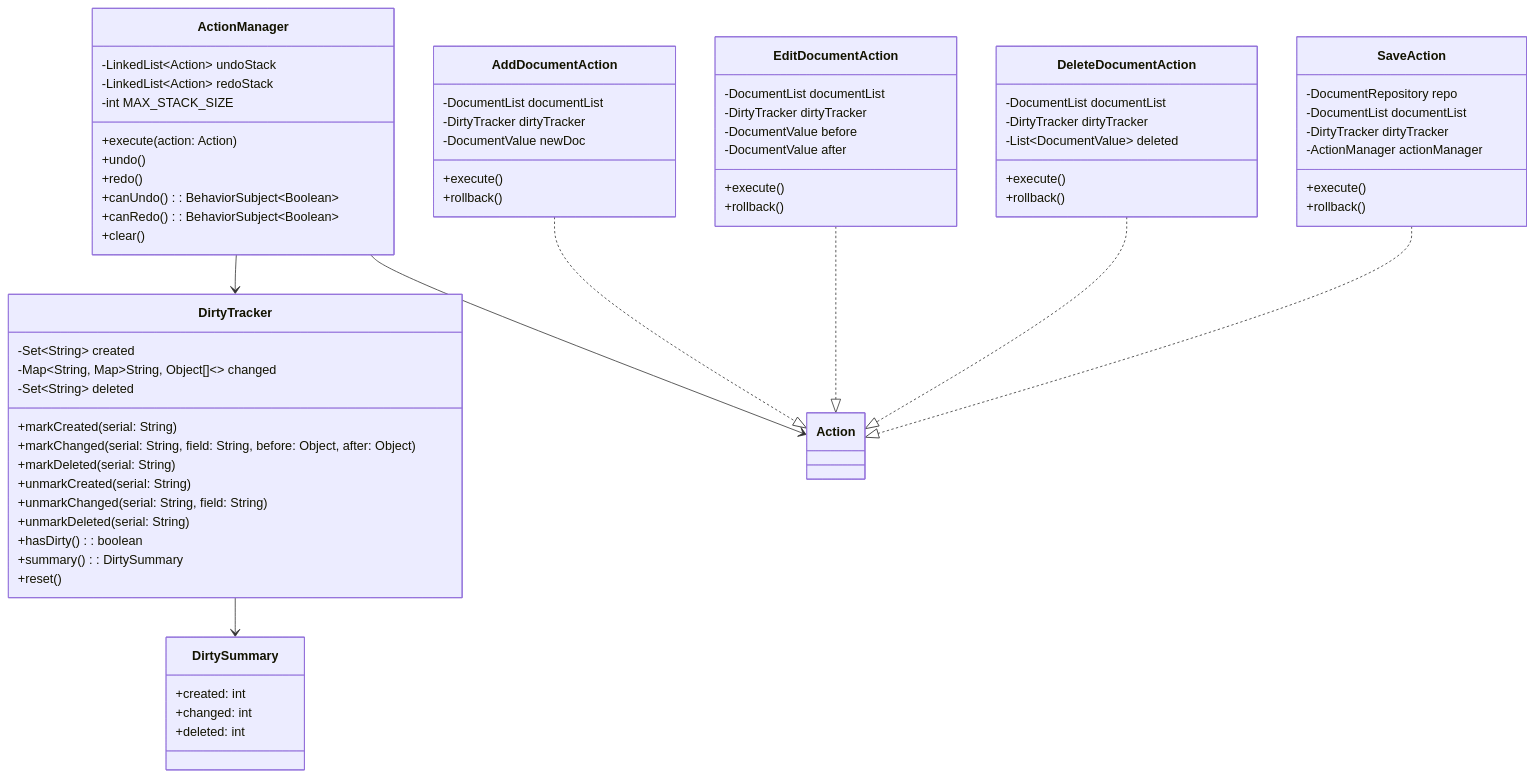
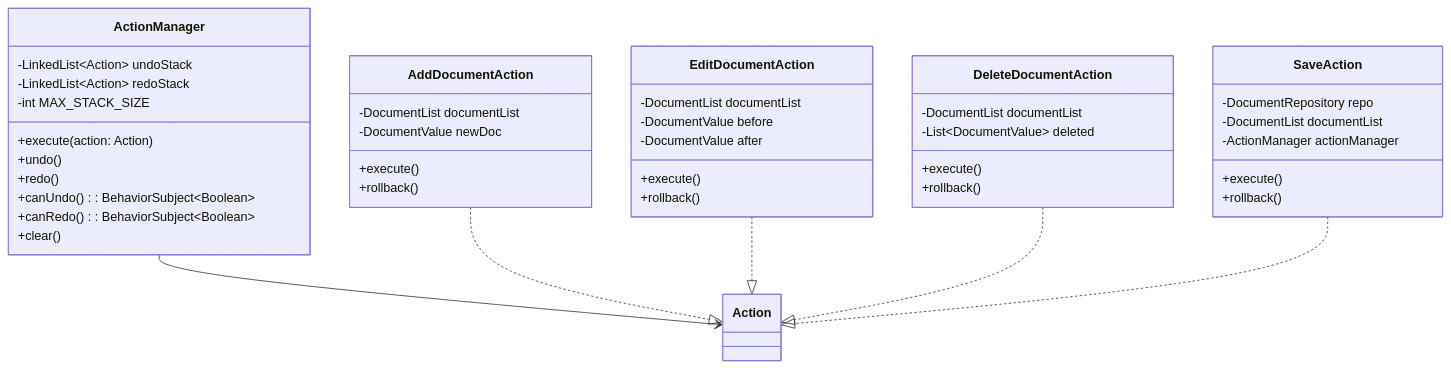
Before and after one commit to sayaya1090/handbook: the third of 9 diagrams in document-ui/CLASS-DIAGRAM.md, drawn with Mermaid. The commit also changed other lines of this file and 645 other files, not shown here.

````diff
--- a/document-ui/CLASS-DIAGRAM.md
+++ b/document-ui/CLASS-DIAGRAM.md
@@ -88,77 +83,50 @@
 ```mermaid
 classDiagram
     class ActionManager {
         -LinkedList~Action~ undoStack
         -LinkedList~Action~ redoStack
         -int MAX_STACK_SIZE
         +execute(action: Action)
         +undo()
         +redo()
         +canUndo(): BehaviorSubject~Boolean~
         +canRedo(): BehaviorSubject~Boolean~
         +clear()
     }
 
-    class DirtyTracker {
-        -Set~String~ created
-        -Map~String, Map~String, Object[]~~ changed
-        -Set~String~ deleted
-        +markCreated(serial: String)
-        +markChanged(serial: String, field: String, before: Object, after: Object)
-        +markDeleted(serial: String)
-        +unmarkCreated(serial: String)
-        +unmarkChanged(serial: String, field: String)
-        +unmarkDeleted(serial: String)
-        +hasDirty(): boolean
-        +summary(): DirtySummary
-        +reset()
-    }
-
-    class DirtySummary {
-        +created: int
-        +changed: int
-        +deleted: int
-    }
-
     class AddDocumentAction {
         -DocumentList documentList
-        -DirtyTracker dirtyTracker
         -DocumentValue newDoc
         +execute()
         +rollback()
     }
 
     class EditDocumentAction {
         -DocumentList documentList
-        -DirtyTracker dirtyTracker
         -DocumentValue before
         -DocumentValue after
         +execute()
         +rollback()
     }
 
     class DeleteDocumentAction {
         -DocumentList documentList
-        -DirtyTracker dirtyTracker
         -List~DocumentValue~ deleted
         +execute()
         +rollback()
     }
 
     class SaveAction {
         -DocumentRepository repo
         -DocumentList documentList
-        -DirtyTracker dirtyTracker
         -ActionManager actionManager
         +execute()
         +rollback()
     }
 
     ActionManager --> Action
-    ActionManager --> DirtyTracker
-    DirtyTracker --> DirtySummary
     AddDocumentAction ..|> Action
     EditDocumentAction ..|> Action
     DeleteDocumentAction ..|> Action
     SaveAction ..|> Action
 ```
````
